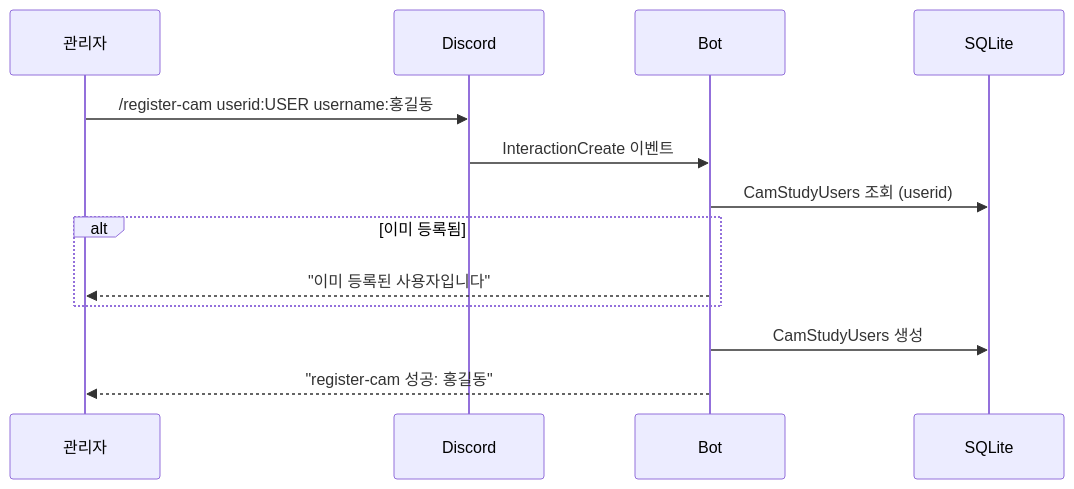
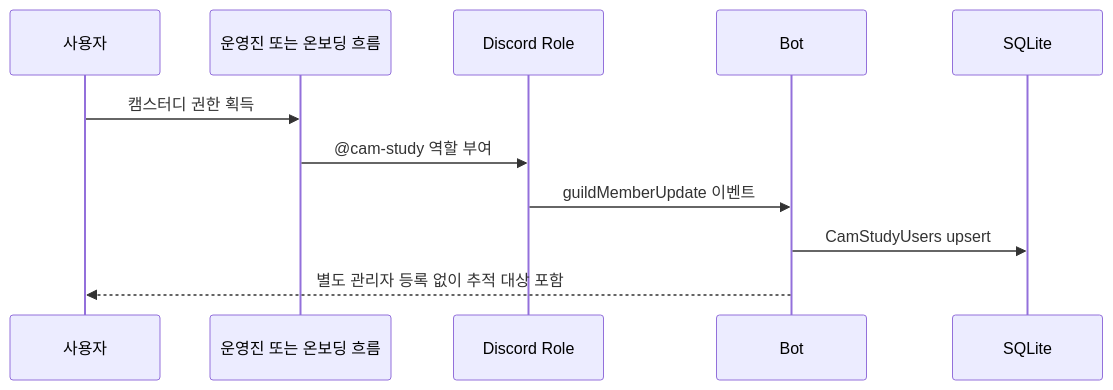
The tenth of 16 diagrams in docs/USER_STORIES.md (honki12345/haruharu-discord-bot), drawn with Mermaid before and after one commit. The commit also changed other lines of this file and 13 other files, not shown here.

Commit message:
feat: sync cam study registration to role changes (#53)

````diff
--- a/docs/USER_STORIES.md
+++ b/docs/USER_STORIES.md
@@ -427,19 +435,14 @@
 ```mermaid
 sequenceDiagram
-    participant A as 관리자
-    participant D as Discord
+    participant U as 사용자
+    participant O as 운영진 또는 온보딩 흐름
+    participant D as Discord Role
     participant B as Bot
     participant DB as SQLite
 
-    A->>D: /register-cam userid:USER username:홍길동
-
-    D->>B: InteractionCreate 이벤트
-
-    B->>DB: CamStudyUsers 조회 (userid)
-    alt 이미 등록됨
-        B-->>A: "이미 등록된 사용자입니다"
-    end
-
-    B->>DB: CamStudyUsers 생성
-    B-->>A: "register-cam 성공: 홍길동"
+    U->>O: 캠스터디 권한 획득
+    O->>D: @cam-study 역할 부여
+    D->>B: guildMemberUpdate 이벤트
+    B->>DB: CamStudyUsers upsert
+    B-->>U: 별도 관리자 등록 없이 추적 대상 포함
 ```
````
